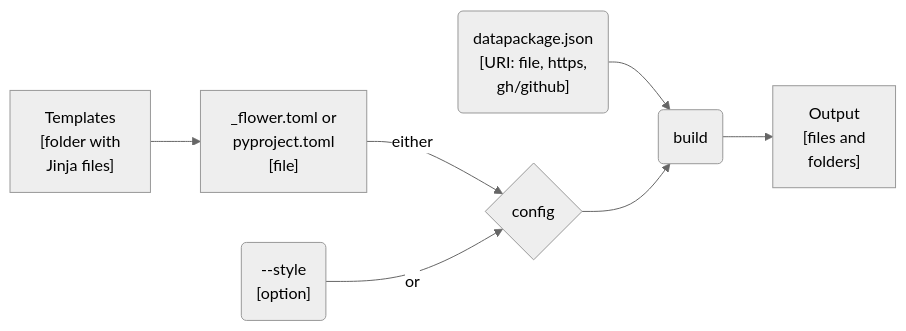
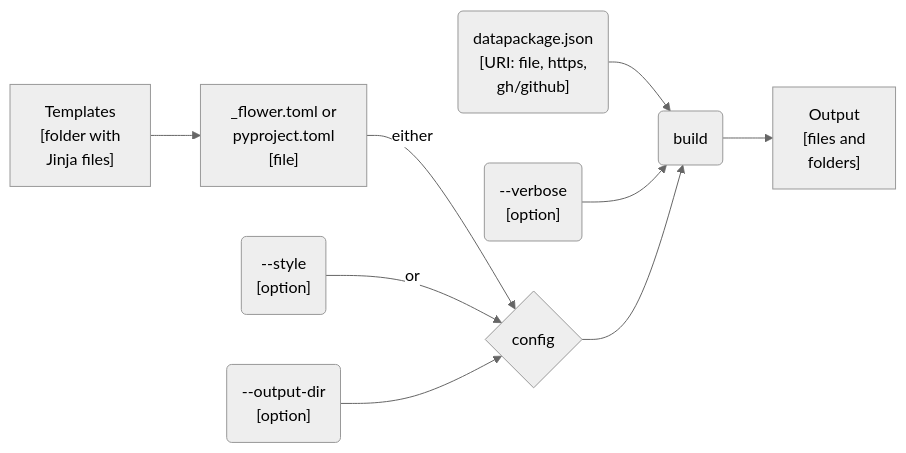
The first of 2 diagrams in docs/design/interface/cli.qmd (seedcase-project/seedcase-flower), drawn with Mermaid (neutral theme) before and after one commit. The commit also changed other lines of this file, not shown here.

Commit message:
docs: :building_construction: add `verbose` and `output-dir` to CLI design

````diff
--- a/docs/design/interface/cli.qmd
+++ b/docs/design/interface/cli.qmd
@@ -112,19 +112,23 @@
 ```{mermaid}
 %%| label: fig-cli-build-flow
 %%| fig-cap: "The flow of input and output through the CLI `build` command."
 flowchart LR
     uri("datapackage.json<br>[URI: file, https,<br>gh/github]")
     config_file["_flower.toml or<br>pyproject.toml<br>[file]"]
     build("build")
     style_opt("--style<br>[option]")
+    verbose_opt("--verbose<br>[option]")
+    output_dir_opt("--output-dir<br>[option]")
     templates["Templates<br>[folder with<br>Jinja files]"]
     output["Output<br>[files and<br>folders]"]
     config{"config"}
 
     uri --> build
     templates --> config_file
     config_file -- "either" --> config
     style_opt -- "or" --> config
+    output_dir_opt --> config
+    verbose_opt --> build
     config --> build
     build --> output
 ```
````
